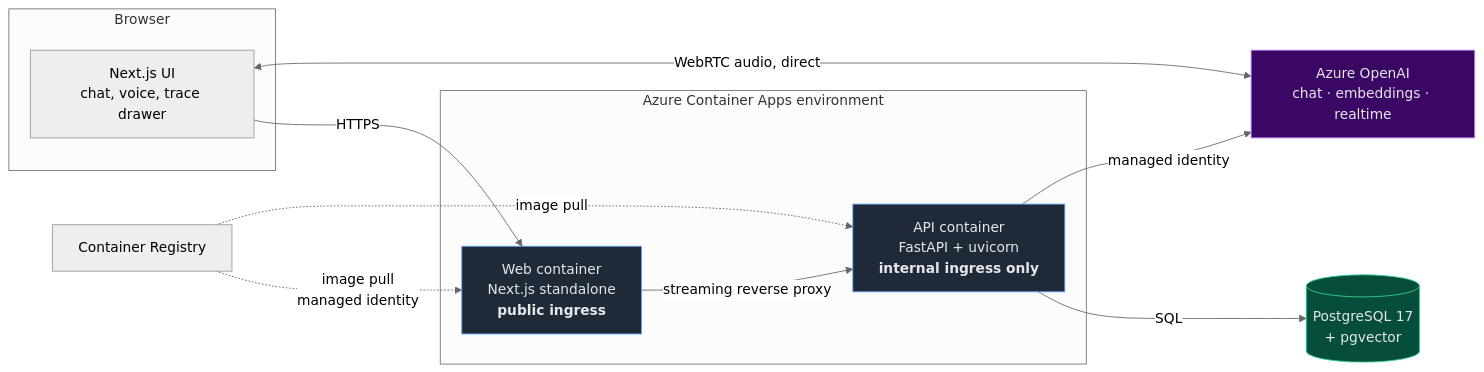
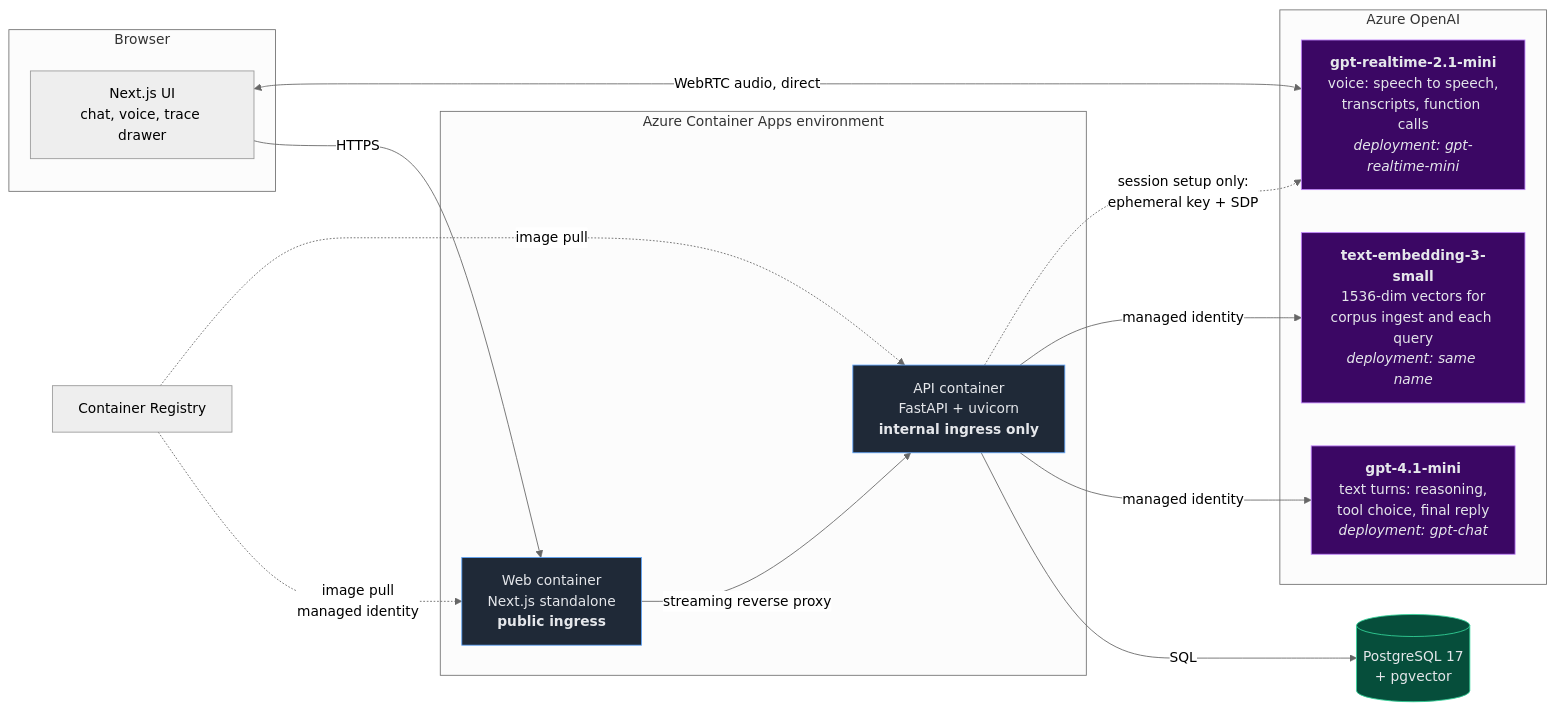
One commit to hmunjuluri05/customer-support-agent changed the first of 7 diagrams in docs/ARCHITECTURE.md. Above: the diagram before and after it, drawn with Mermaid (neutral theme). The commit also changed other lines of this file, not shown here.

Commit message:
docs: name the model behind each Azure OpenAI deployment
The system diagram had one "Azure OpenAI" box reading "chat · embeddings ·
realtime", which says what the service does and nothing about what is actually
deployed. Split into three nodes carrying model, purpose and deployment name,
with the edges redrawn to each: the API talks to chat and embeddings, while
the browser's WebRTC audio goes straight to realtime and the API touches it
only to set the session up.

Also records the two things the diagram cannot show: that voice replaces the
text model rather than wrapping it, and that application code names
deployments, not models -- the exception being the embedding dimension, which
the schema asserts so a swap fails at migration rather than corrupting search.

````diff
--- a/docs/ARCHITECTURE.md
+++ b/docs/ARCHITECTURE.md
@@ -16,28 +16,37 @@
 ```mermaid
 flowchart LR
     subgraph browser["Browser"]
         ui["Next.js UI<br/>chat, voice, trace drawer"]
     end
 
     subgraph azure["Azure Container Apps environment"]
         web["Web container<br/>Next.js standalone<br/><b>public ingress</b>"]
         api["API container<br/>FastAPI + uvicorn<br/><b>internal ingress only</b>"]
     end
 
     pg[("PostgreSQL 17<br/>+ pgvector")]
-    aoai["Azure OpenAI<br/>chat · embeddings · realtime"]
     acr["Container Registry"]
+
+    subgraph aoai["Azure OpenAI"]
+        chat["<b>gpt-4.1-mini</b><br/>text turns: reasoning,<br/>tool choice, final reply<br/><i>deployment: gpt-chat</i>"]
+        embed["<b>text-embedding-3-small</b><br/>1536-dim vectors for<br/>corpus ingest and each query<br/><i>deployment: same name</i>"]
+        rt["<b>gpt-realtime-2.1-mini</b><br/>voice: speech to speech,<br/>transcripts, function calls<br/><i>deployment: gpt-realtime-mini</i>"]
+    end
 
     ui -->|"HTTPS"| web
     web -->|"streaming reverse proxy"| api
     api -->|"SQL"| pg
-    api -->|"managed identity"| aoai
+    api -->|"managed identity"| chat
+    api -->|"managed identity"| embed
+    api -.->|"session setup only:<br/>ephemeral key + SDP"| rt
     acr -.->|"image pull<br/>managed identity"| web
     acr -.->|"image pull"| api
-    ui <-->|"WebRTC audio, direct"| aoai
+    ui <-->|"WebRTC audio, direct"| rt
 
     style api fill:#1f2937,stroke:#60a5fa,color:#e5e7eb
     style web fill:#1f2937,stroke:#60a5fa,color:#e5e7eb
     style pg fill:#064e3b,stroke:#34d399,color:#e5e7eb
-    style aoai fill:#3b0764,stroke:#c084fc,color:#e5e7eb
+    style chat fill:#3b0764,stroke:#c084fc,color:#e5e7eb
+    style embed fill:#3b0764,stroke:#c084fc,color:#e5e7eb
+    style rt fill:#3b0764,stroke:#c084fc,color:#e5e7eb
 ```
````
